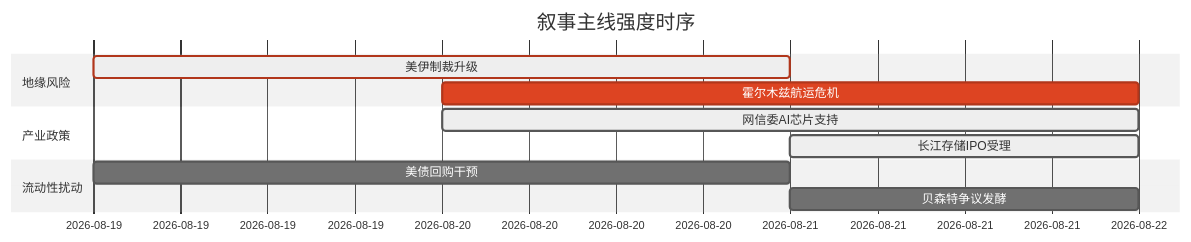
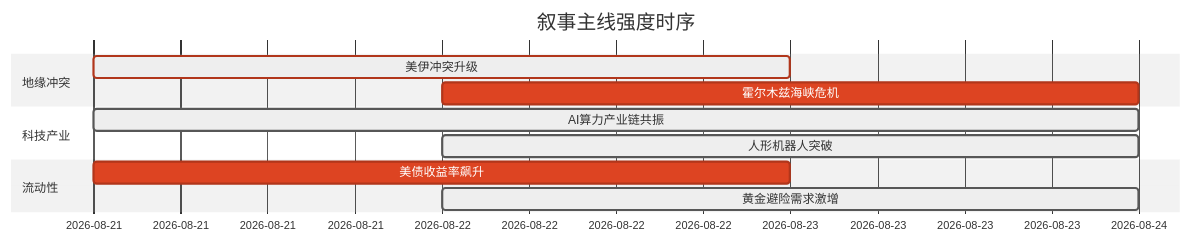
The diagram in 5day_report.md (uu5zn/uu5zn.github.io), drawn with Mermaid (neutral theme) before and after one commit. The commit also changed other lines of this file and 25 other files, not shown here.

````diff
--- a/5day_report.md
+++ b/5day_report.md
@@ -58,16 +58,16 @@
 ```mermaid
 gantt
     title 叙事主线强度时序
     dateFormat YYYY-MM-DD
-    section 地缘风险
-    美伊制裁升级     :crit, active, 2026-08-19, 2d
-    霍尔木兹航运危机  :crit, 2026-08-20, 2d
+    section 地缘冲突
+    美伊冲突升级     :crit, active, 2026-08-21, 2d
+    霍尔木兹海峡危机  :crit, 2026-08-22, 2d
     
-    section 产业政策
-    网信委AI芯片支持 :active, 2026-08-20, 2d
-    长江存储IPO受理  :active, 2026-08-21, 1d
+    section 科技产业
+    AI算力产业链共振   :active, 2026-08-21, 3d
+    人形机器人突破    :active, 2026-08-22, 2d
     
-    section 流动性扰动
-    美债回购干预     :2026-08-19, 2d
-    贝森特争议发酵   :2026-08-21, 1d
+    section 流动性
+    美债收益率飙升    :crit, 2026-08-21, 2d
+    黄金避险需求激增   :active, 2026-08-22, 2d
 ```
````
